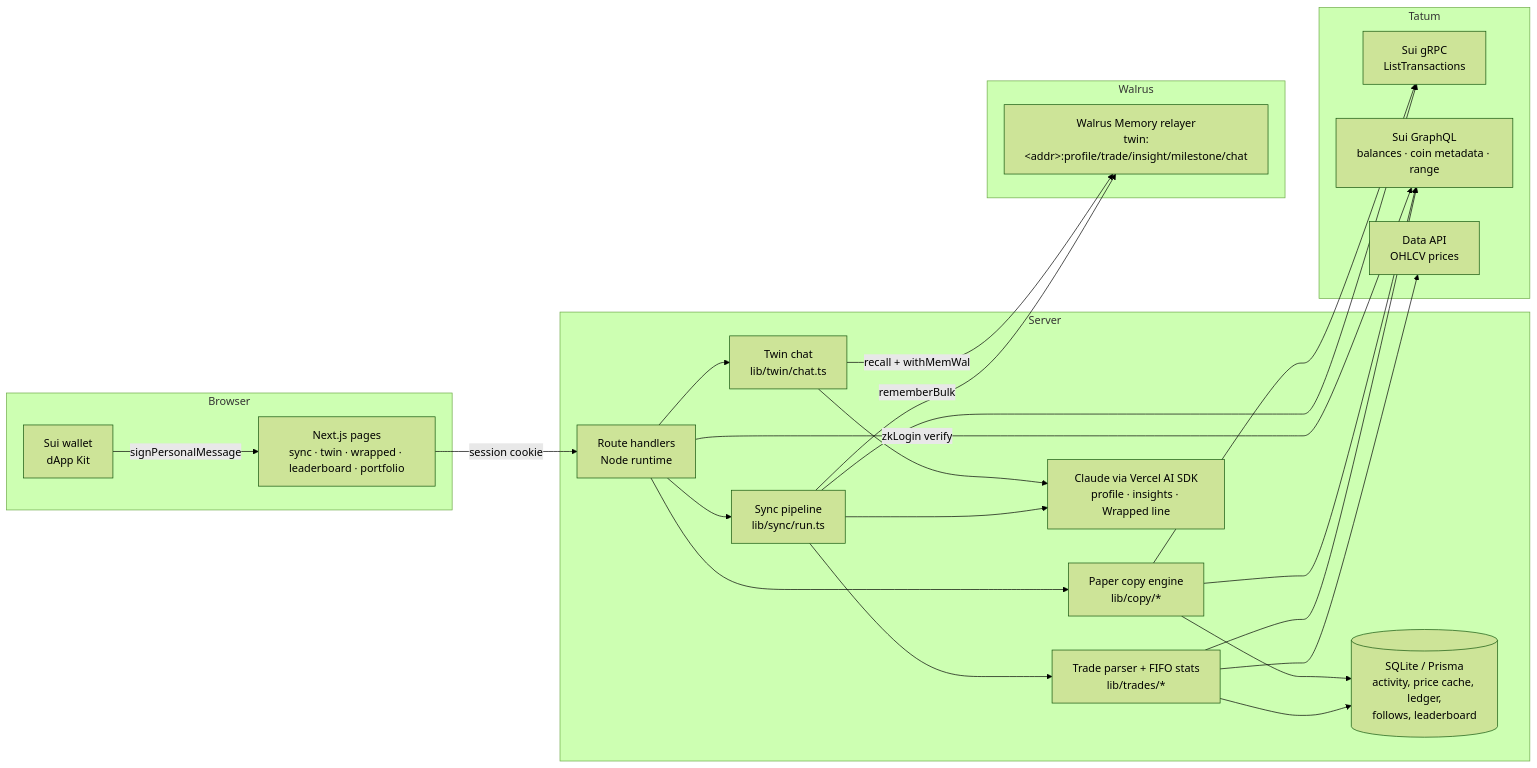
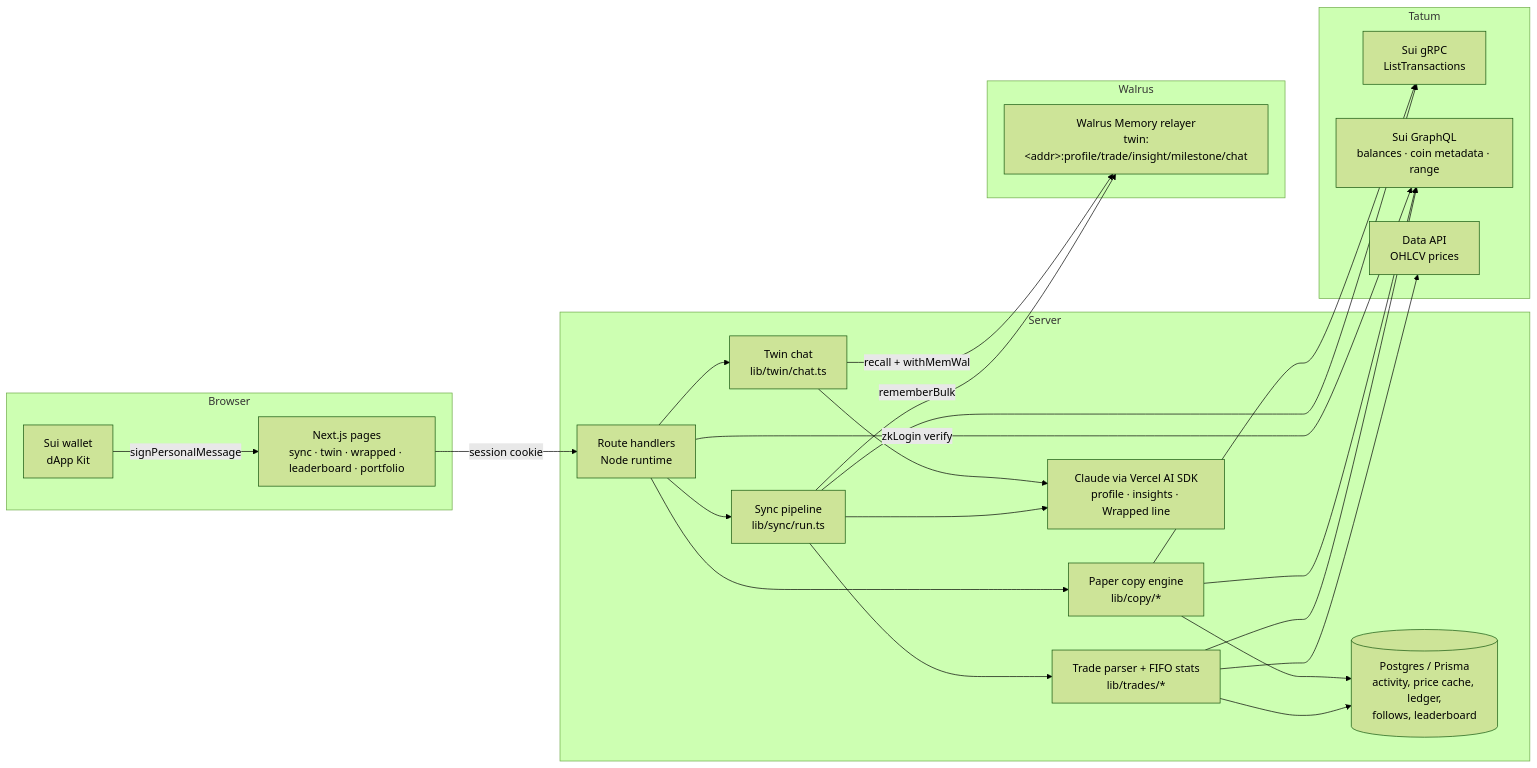
Before and after one commit to Nudgen-Marketing/wallet-twin: the diagram in README.md, drawn with Mermaid (forest theme). The commit also changed other lines of this file and 25 other files, not shown here.

First line of the commit message:
feat: store all app data in Postgres instead of SQLite

````diff
--- a/README.md
+++ b/README.md
@@ -71,36 +71,36 @@
 ```mermaid
 flowchart LR
   subgraph Browser
     W[Sui wallet<br/>dApp Kit] -->|signPersonalMessage| UI[Next.js pages<br/>sync · twin · wrapped · leaderboard · portfolio]
   end
   UI -->|session cookie| API[Route handlers<br/>Node runtime]
 
   subgraph Server
     API --> SYNC[Sync pipeline<br/>lib/sync/run.ts]
     API --> CHAT[Twin chat<br/>lib/twin/chat.ts]
     API --> COPY[Paper copy engine<br/>lib/copy/*]
     SYNC --> PARSE[Trade parser + FIFO stats<br/>lib/trades/*]
     SYNC --> LLM[Claude via Vercel AI SDK<br/>profile · insights · Wrapped line]
     CHAT --> LLM
-    PARSE --> DB[(SQLite / Prisma<br/>activity, price cache, ledger,<br/>follows, leaderboard)]
+    PARSE --> DB[(Postgres / Prisma<br/>activity, price cache, ledger,<br/>follows, leaderboard)]
     COPY --> DB
   end
 
   subgraph Tatum
     GRPC[Sui gRPC<br/>ListTransactions]
     GQL[Sui GraphQL<br/>balances · coin metadata · range]
     OHLCV[Data API<br/>OHLCV prices]
   end
   SYNC --> GRPC
   PARSE --> GQL
   PARSE --> OHLCV
   COPY --> GRPC
   COPY --> GQL
   API -->|zkLogin verify| GQL
 
   subgraph Walrus
     MEM[Walrus Memory relayer<br/>twin:&lt;addr&gt;:profile/trade/insight/milestone/chat]
   end
   SYNC -->|rememberBulk| MEM
   CHAT -->|recall + withMemWal| MEM
 ```
````
